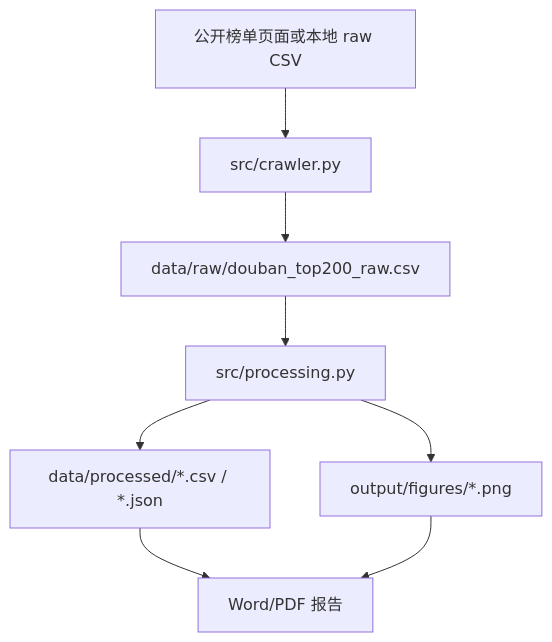
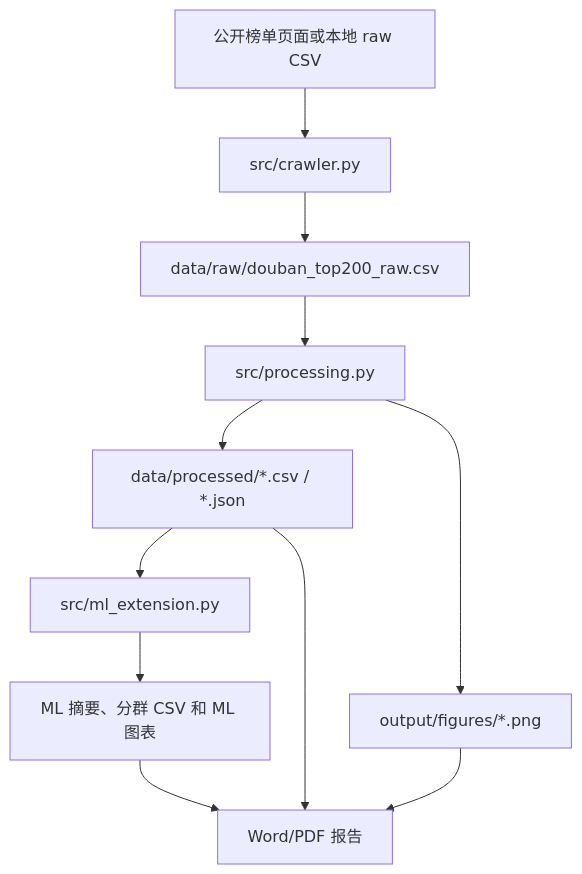
Before and after one commit to zl097932-ai/douban-top200-data-analysis: the diagram in docs/project_overview.md, drawn with Mermaid. The commit also changed other lines of this file and 13 other files, not shown here.

````diff
--- a/docs/project_overview.md
+++ b/docs/project_overview.md
@@ -38,10 +45,13 @@
 ```mermaid
 flowchart TD
     A["公开榜单页面或本地 raw CSV"] --> B["src/crawler.py"]
     B --> C["data/raw/douban_top200_raw.csv"]
     C --> D["src/processing.py"]
     D --> E["data/processed/*.csv / *.json"]
     D --> F["output/figures/*.png"]
-    E --> G["Word/PDF 报告"]
-    F --> G
+    E --> G["src/ml_extension.py"]
+    G --> H["ML 摘要、分群 CSV 和 ML 图表"]
+    E --> I["Word/PDF 报告"]
+    F --> I
+    H --> I
 ```
````
